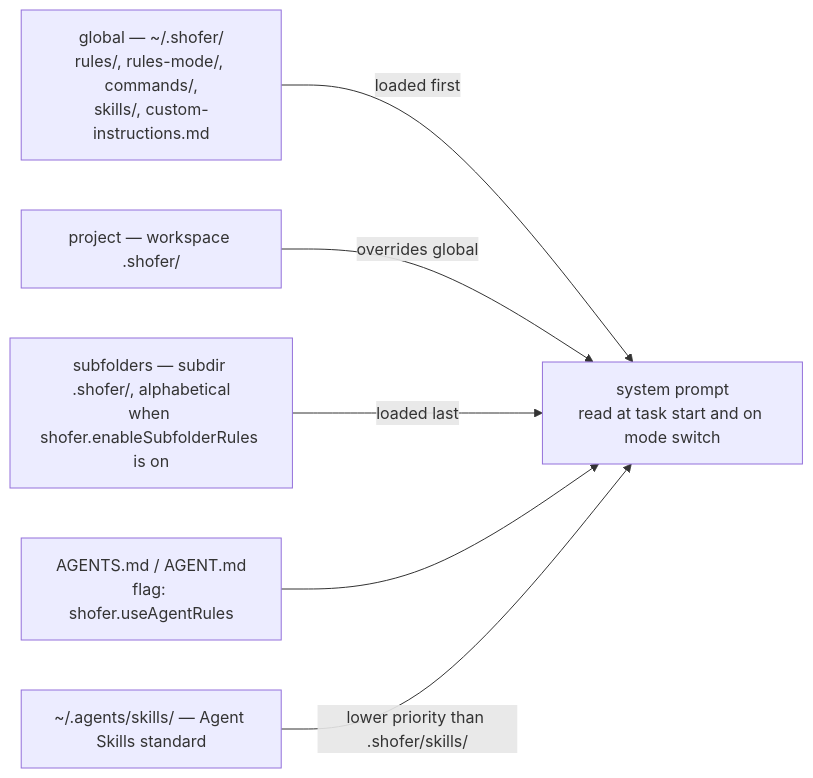
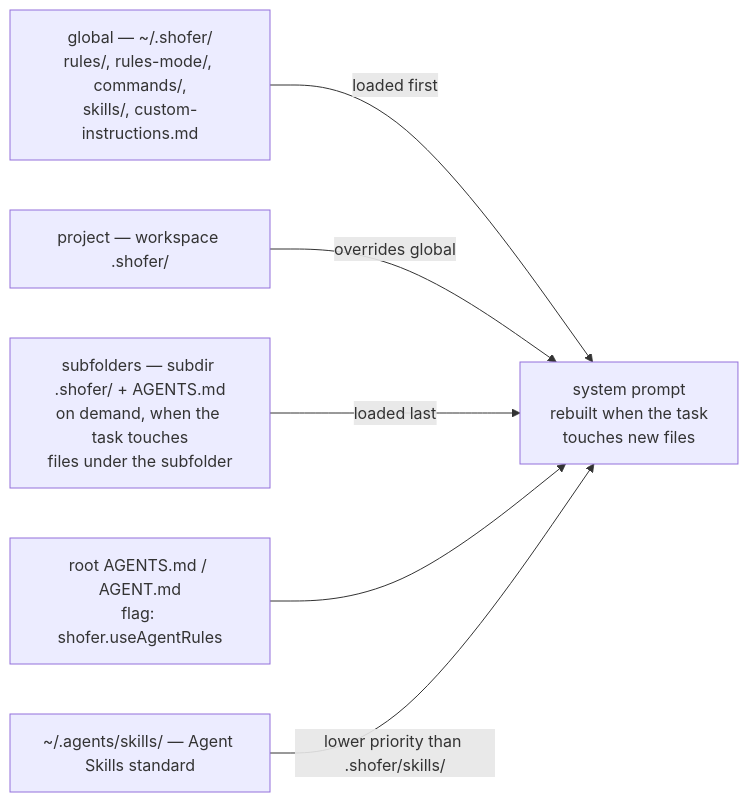
The first of 2 diagrams in docs/shofer_special_files.md (shofer-dev/shofer), drawn with Mermaid before and after one commit. The commit also changed other lines of this file and 14 other files, not shown here.

First line of the commit message:
feat(rules): on-demand subdirectory rules, marker-free AGENTS.md discovery, paths: frontmatter

````diff
--- a/docs/shofer_special_files.md
+++ b/docs/shofer_special_files.md
@@ -25,15 +28,15 @@
 ```mermaid
 flowchart LR
     G["global — ~/.shofer/<br/>rules/, rules-mode/, commands/,<br/>skills/, custom-instructions.md"]
     P["project — workspace .shofer/"]
-    S["subfolders — subdir .shofer/, alphabetical<br/>when shofer.enableSubfolderRules is on"]
-    AG["AGENTS.md / AGENT.md<br/>flag: shofer.useAgentRules"]
+    S["subfolders — subdir .shofer/ + AGENTS.md<br/>on demand, when the task touches<br/>files under the subfolder"]
+    AG["root AGENTS.md / AGENT.md<br/>flag: shofer.useAgentRules"]
     AGD["~/.agents/skills/ — Agent Skills standard"]
-    SP["system prompt<br/>read at task start and on mode switch"]
+    SP["system prompt<br/>rebuilt when the task<br/>touches new files"]
 
     G -->|"loaded first"| SP
     P -->|"overrides global"| SP
     S -->|"loaded last"| SP
     AG --> SP
     AGD -->|"lower priority than .shofer/skills/"| SP
 ```
````
